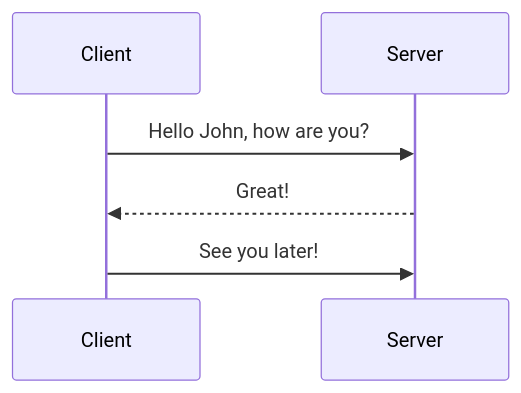
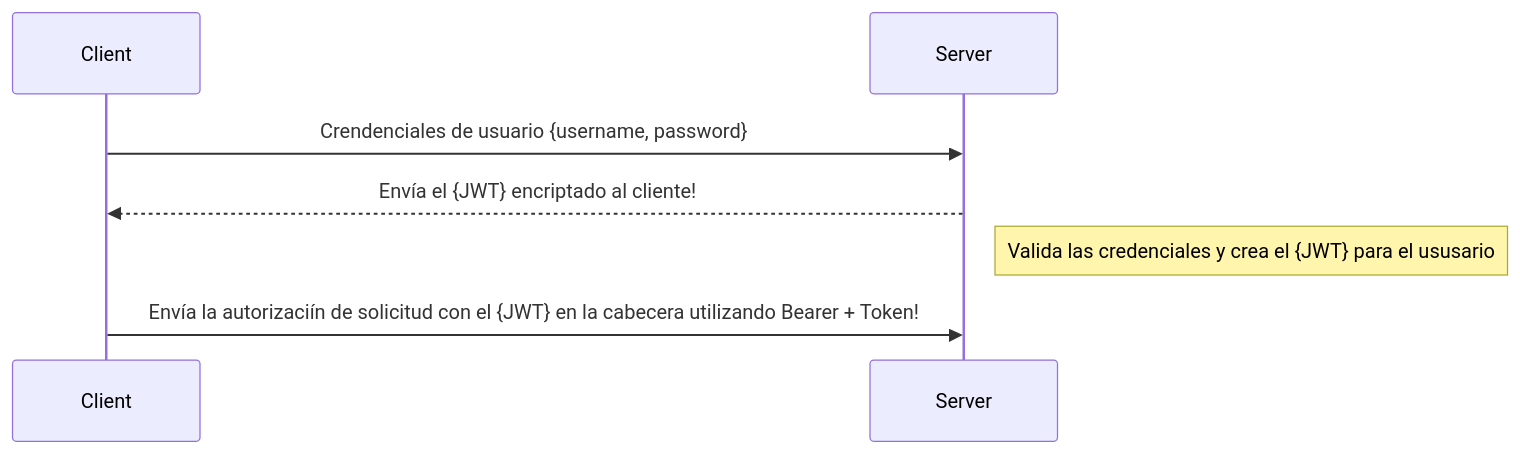
The diagram in README.md (Mr-Machine98/final-project), drawn with Mermaid before and after one commit.

````diff
--- a/README.md
+++ b/README.md
@@ -26,6 +26,7 @@
  ```mermaid
   sequenceDiagram
-      Client->>Server: Hello John, how are you?
-      Server-->>Client: Great!
-      Client->>Server: See you later!
+      Client->>Server: Crendenciales de usuario {username, password}
+      Server-->>Client: Envía el {JWT} encriptado al cliente!
+      Note right of Server: Valida las credenciales y crea el {JWT} para el ususario 
+      Client->>Server: Envía la autorizaciín de solicitud con el {JWT} en la cabecera utilizando Bearer + Token!
   ```
````
